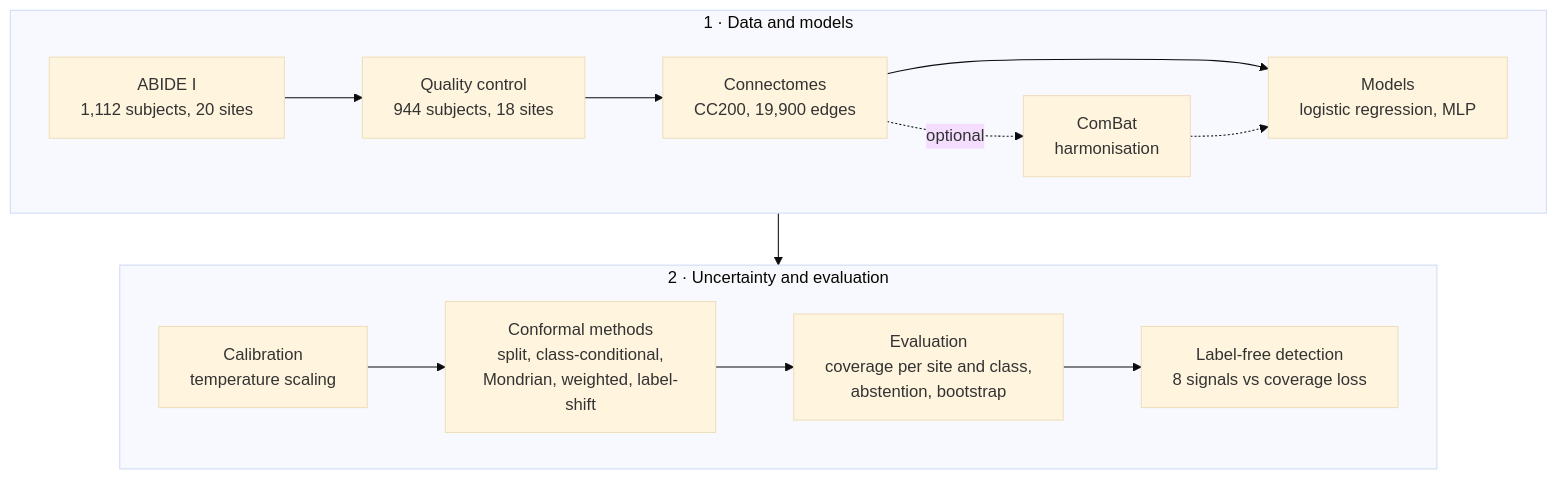
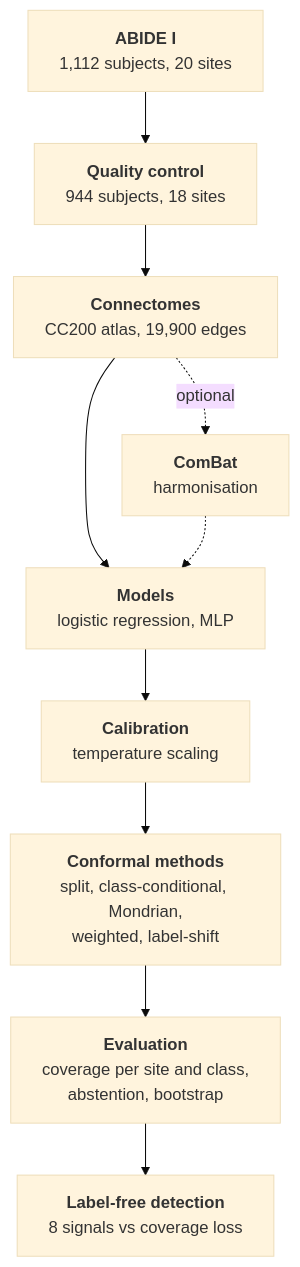
One commit to amarilokmane1-code/shiftguard changed the diagram in README.md. Above: the diagram before and after it, drawn with Mermaid (base theme).

Commit message:
README: vertical pipeline diagram (the two-row subgraph layout did not render on GitHub)

````diff
--- a/README.md
+++ b/README.md
@@ -67,18 +67,12 @@
 ```mermaid
-flowchart TB
-    subgraph data ["1 · Data and models"]
-        direction LR
-        A["ABIDE I<br/>1,112 subjects, 20 sites"] --> B["Quality control<br/>944 subjects, 18 sites"]
-        B --> C["Connectomes<br/>CC200, 19,900 edges"]
-        C -. optional .-> H["ComBat<br/>harmonisation"]
-        C --> D["Models<br/>logistic regression, MLP"]
-        H -.-> D
-    end
-    subgraph analysis ["2 · Uncertainty and evaluation"]
-        direction LR
-        E["Calibration<br/>temperature scaling"] --> F["Conformal methods<br/>split, class-conditional,<br/>Mondrian, weighted, label-shift"]
-        F --> G["Evaluation<br/>coverage per site and class,<br/>abstention, bootstrap"]
-        G --> I["Label-free detection<br/>8 signals vs coverage loss"]
-    end
-    data --> analysis
+flowchart TD
+    A["<b>ABIDE I</b><br/>1,112 subjects, 20 sites"] --> B["<b>Quality control</b><br/>944 subjects, 18 sites"]
+    B --> C["<b>Connectomes</b><br/>CC200 atlas, 19,900 edges"]
+    C --> D["<b>Models</b><br/>logistic regression, MLP"]
+    C -. optional .-> H["<b>ComBat</b><br/>harmonisation"]
+    H -.-> D
+    D --> E["<b>Calibration</b><br/>temperature scaling"]
+    E --> F["<b>Conformal methods</b><br/>split, class-conditional, Mondrian,<br/>weighted, label-shift"]
+    F --> G["<b>Evaluation</b><br/>coverage per site and class,<br/>abstention, bootstrap"]
+    G --> I["<b>Label-free detection</b><br/>8 signals vs coverage loss"]
 ```
````
